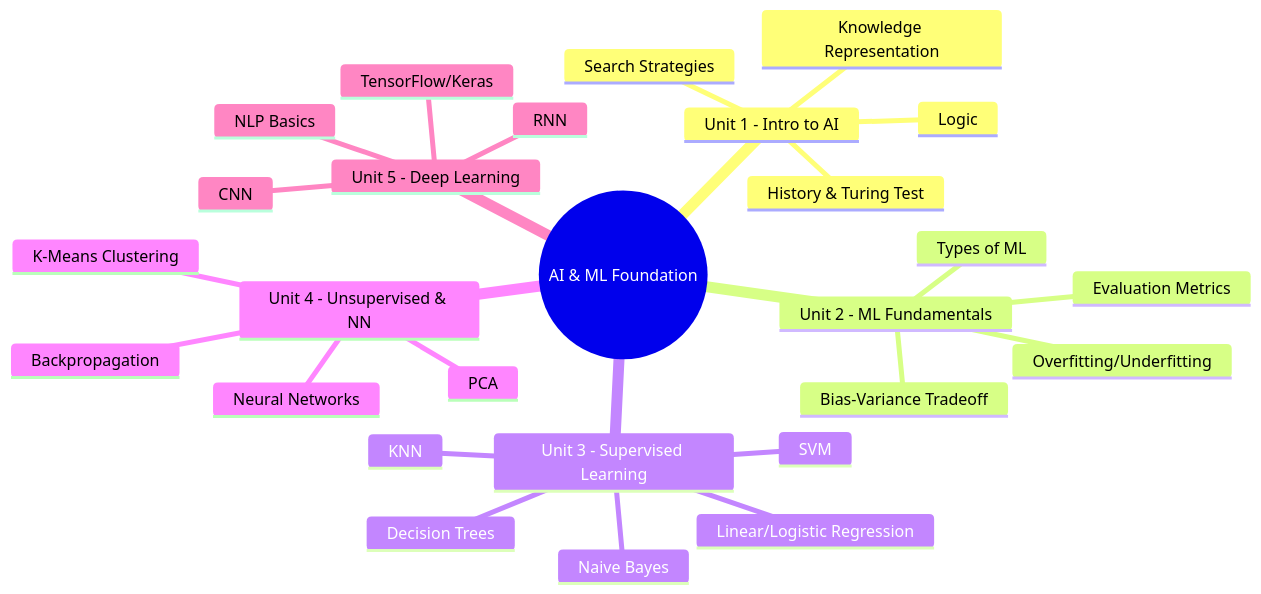
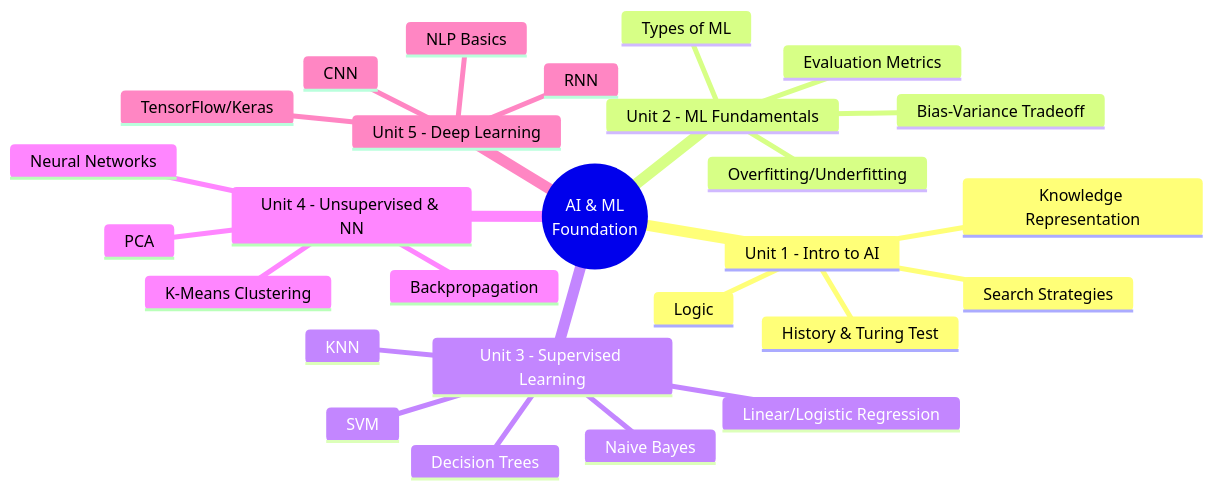
One commit to amitdevx/TY changed the first of 2 diagrams in 01-Semester-V/CS-321-VSC-P-AI-ML/Overview.md. Above: the diagram before and after it, drawn with Mermaid. The commit also changed 65 other files, not shown here.

Commit message:
fix:graph vertical

````diff
--- a/01-Semester-V/CS-321-VSC-P-AI-ML/Overview.md
+++ b/01-Semester-V/CS-321-VSC-P-AI-ML/Overview.md
@@ -37,30 +37,30 @@
 ```mermaid
 mindmap
-  root((AI & ML Foundation))
+  root((AI & ML<br/>Foundation))
     Unit 1 - Intro to AI
       History & Turing Test
       Search Strategies
       Knowledge Representation
       Logic
     Unit 2 - ML Fundamentals
       Types of ML
       Bias-Variance Tradeoff
       Overfitting/Underfitting
       Evaluation Metrics
     Unit 3 - Supervised Learning
       Linear/Logistic Regression
       Decision Trees
       SVM
       KNN
       Naive Bayes
     Unit 4 - Unsupervised & NN
       K-Means Clustering
       PCA
       Neural Networks
       Backpropagation
     Unit 5 - Deep Learning
       CNN
       RNN
       NLP Basics
       TensorFlow/Keras
 ```
````
